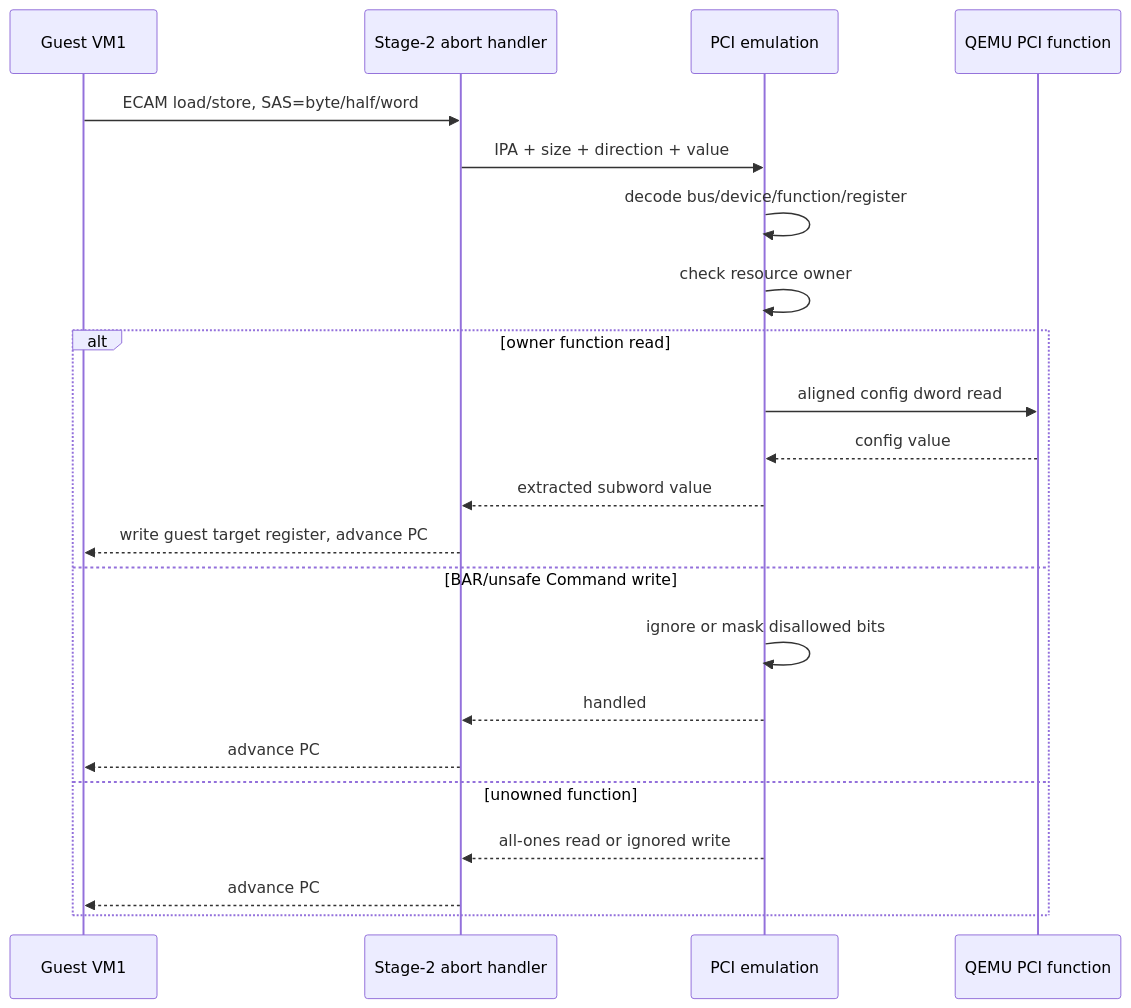
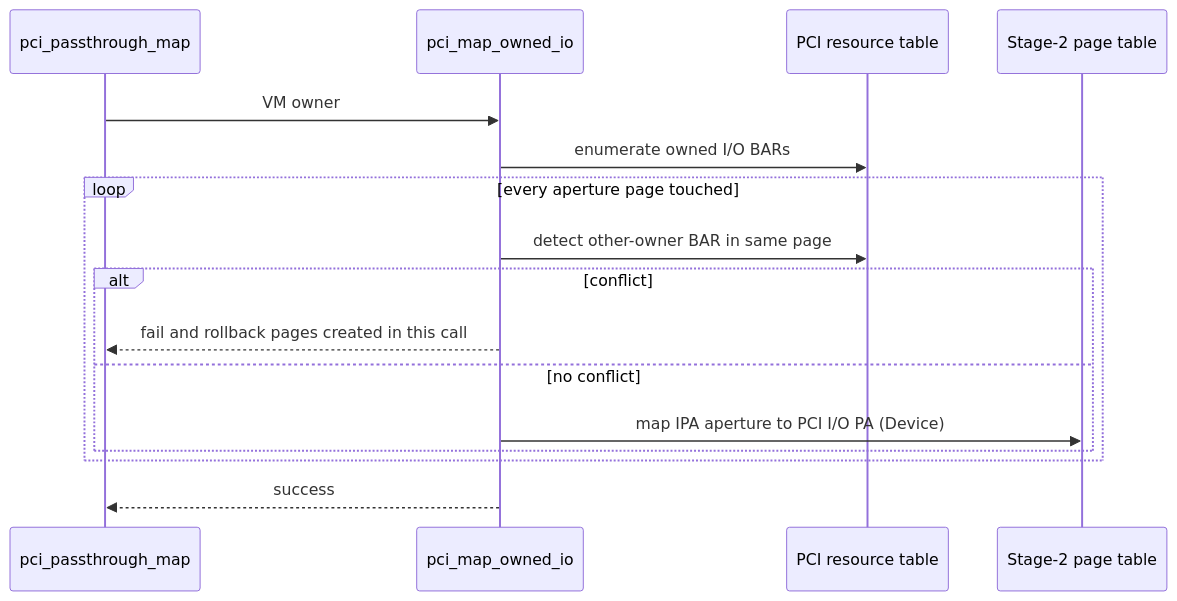
Before and after one commit to huangtan203/avisor: the third of 4 diagrams in docs/Phase110_ECAM模拟与IO_BAR直通_详细设计文档.md, drawn with Mermaid. The commit also changed other lines of this file, not shown here.

Commit message:
docs(pci): rebuild Phase 110 ECAM design

````diff
--- a/docs/Phase110_ECAM模拟与IO_BAR直通_详细设计文档.md
+++ b/docs/Phase110_ECAM模拟与IO_BAR直通_详细设计文档.md
@@ -34,24 +52,18 @@
 ```mermaid
 sequenceDiagram
-    participant VM as Guest VM1
-    participant S2 as Stage-2 abort handler
-    participant PCI as PCI emulation
-    participant Dev as QEMU PCI function
-    VM->>S2: ECAM load/store, SAS=byte/half/word
-    S2->>PCI: IPA + size + direction + value
-    PCI->>PCI: decode bus/device/function/register
-    PCI->>PCI: check resource owner
-    alt owner function read
-        PCI->>Dev: aligned config dword read
-        Dev-->>PCI: config value
-        PCI-->>S2: extracted subword value
-        S2-->>VM: write guest target register, advance PC
-    else BAR/unsafe Command write
-        PCI->>PCI: ignore or mask disallowed bits
-        PCI-->>S2: handled
-        S2-->>VM: advance PC
-    else unowned function
-        PCI-->>S2: all-ones read or ignored write
-        S2-->>VM: advance PC
+    participant Init as pci_passthrough_map
+    participant Map as pci_map_owned_io
+    participant R as PCI resource table
+    participant S2 as Stage-2 page table
+    Init->>Map: VM owner
+    Map->>R: enumerate owned I/O BARs
+    loop every aperture page touched
+        Map->>R: detect other-owner BAR in same page
+        alt conflict
+            Map-->>Init: fail and rollback pages created in this call
+        else no conflict
+            Map->>S2: map IPA aperture to PCI I/O PA (Device)
+        end
     end
+    Map-->>Init: success
 ```
````
